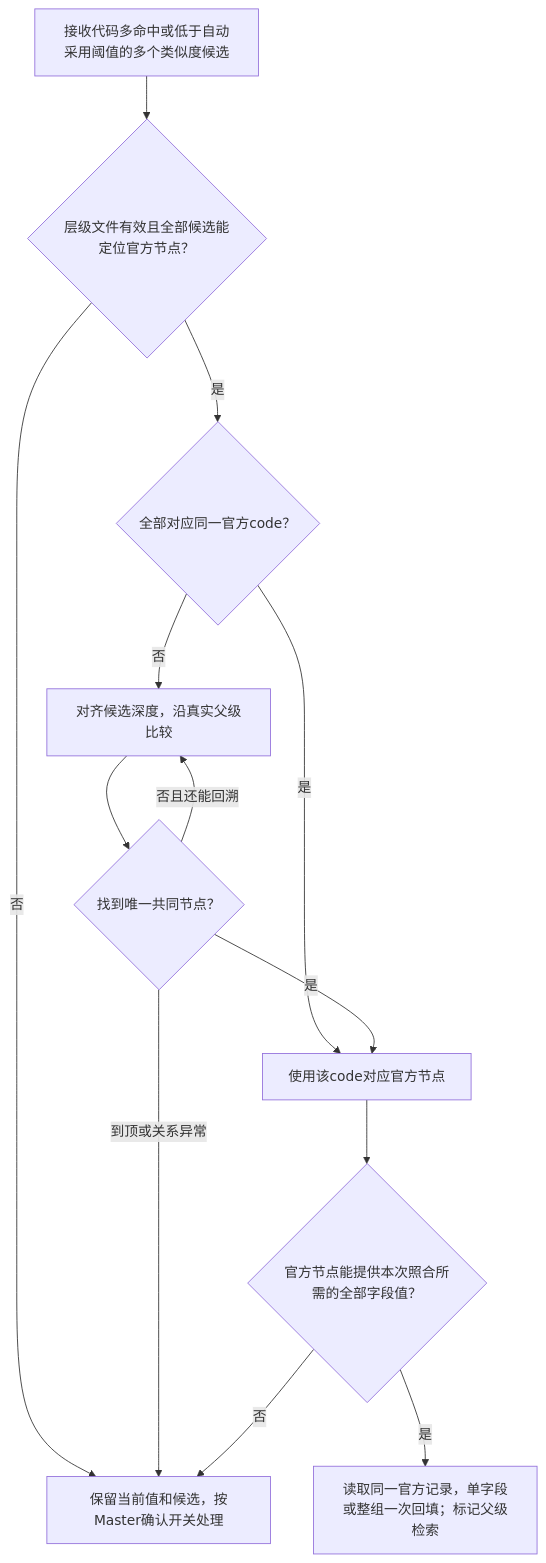
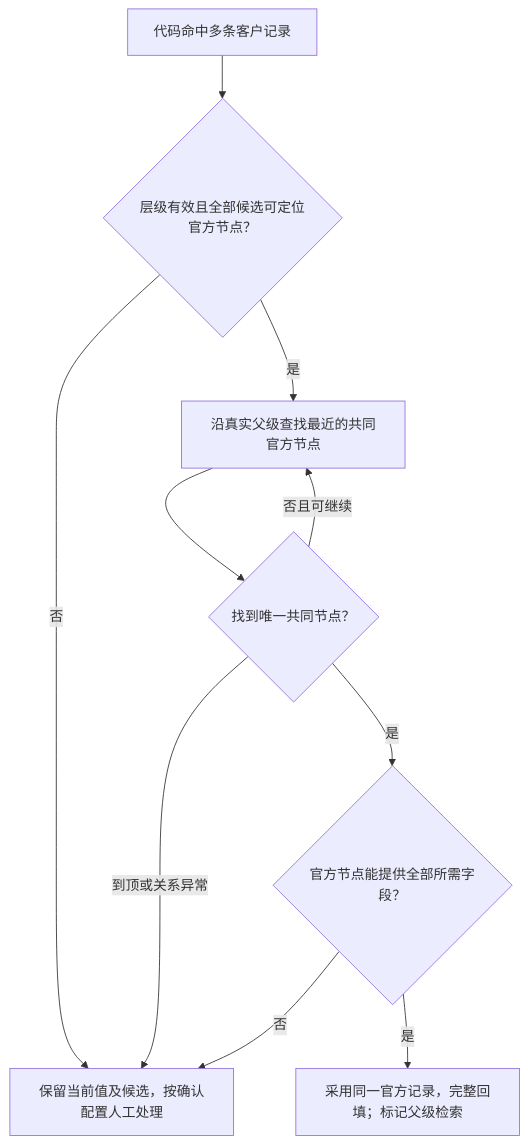
The fifth of 6 diagrams in PRD.zh-CN.md (aruirage/IDP-Ph3-Demo-PRD), drawn with Mermaid before and after one commit. The commit also changed other lines of this file and 7 other files, not shown here.

````diff
--- a/PRD.zh-CN.md
+++ b/PRD.zh-CN.md
@@ -584,15 +586,12 @@
 ```mermaid
 flowchart TD
-    A["接收代码多命中或低于自动采用阈值的多个类似度候选"] --> B{"层级文件有效且全部候选能定位官方节点？"}
-    B -->|否| M["保留当前值和候选，按Master确认开关处理"]
-    B -->|是| C{"全部对应同一官方code？"}
-    C -->|是| U["使用该code对应官方节点"]
-    C -->|否| D["对齐候选深度，沿真实父级比较"]
-    D --> E{"找到唯一共同节点？"}
-    E -->|是| U
-    E -->|否且还能回溯| D
-    E -->|到顶或关系异常| M
-    U --> FILL{"官方节点能提供本次照合所需的全部字段值？"}
-    FILL -->|否| M
-    FILL -->|是| G["读取同一官方记录，单字段或整组一次回填；标记父级检索"]
+    CP0["代码命中多条客户记录"] --> CP1{"层级有效且全部候选可定位官方节点？"}
+    CP1 -->|否| CPM["保留当前值及候选，按确认配置人工处理"]
+    CP1 -->|是| CP2["沿真实父级查找最近的共同官方节点"]
+    CP2 --> CP3{"找到唯一共同节点？"}
+    CP3 -->|否且可继续| CP2
+    CP3 -->|到顶或关系异常| CPM
+    CP3 -->|是| CP4{"官方节点能提供全部所需字段？"}
+    CP4 -->|否| CPM
+    CP4 -->|是| CP5["采用同一官方记录，完整回填；标记父级检索"]
 ```
````
